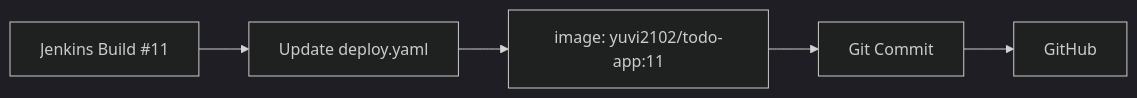
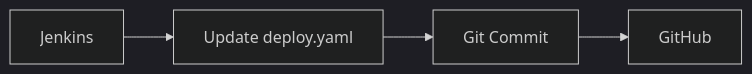
Before and after one commit to Yuvii2102/My-Devops-Cloud-Journey: the sixth of 26 diagrams in DevOps-Labs-and-Projects/33-CI-CD-Interview-Prep/README.md, drawn with Mermaid (dark theme). The commit also changed other lines of this file, not shown here.

````diff
--- a/DevOps-Labs-and-Projects/33-CI-CD-Interview-Prep/README.md
+++ b/DevOps-Labs-and-Projects/33-CI-CD-Interview-Prep/README.md
@@ -355,7 +221,6 @@
 ```mermaid
 flowchart LR
-    A[Jenkins Build #11] --> B[Update deploy.yaml]
-    B --> C[image: yuvi2102/todo-app:11]
-    C --> D[Git Commit]
-    D --> E[GitHub]
+    J["Jenkins"] --> UPDATE["Update deploy.yaml"]
+    UPDATE --> COMMIT["Git Commit"]
+    COMMIT --> GH["GitHub"]
 ```
````
